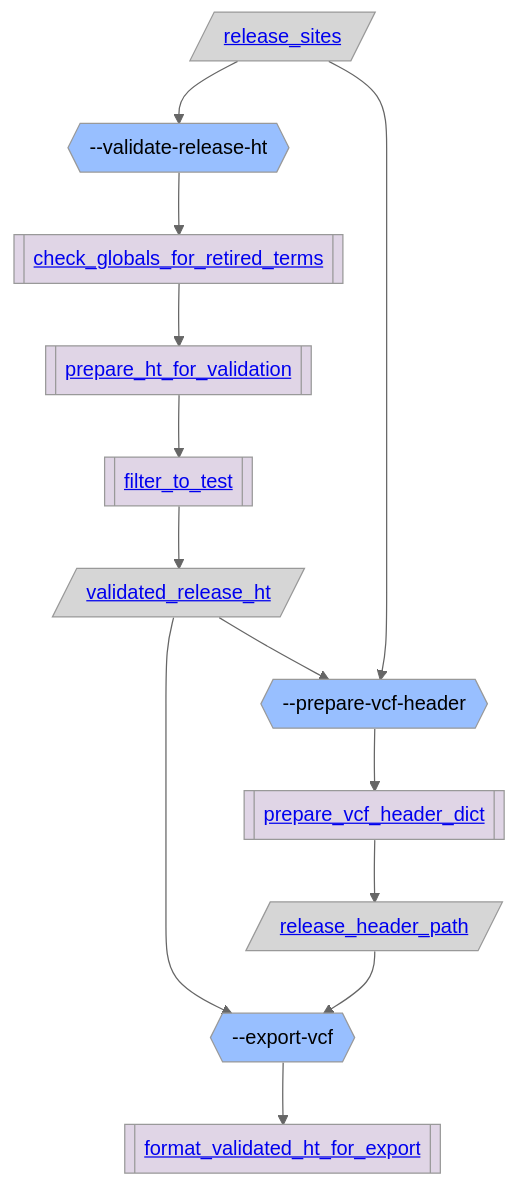
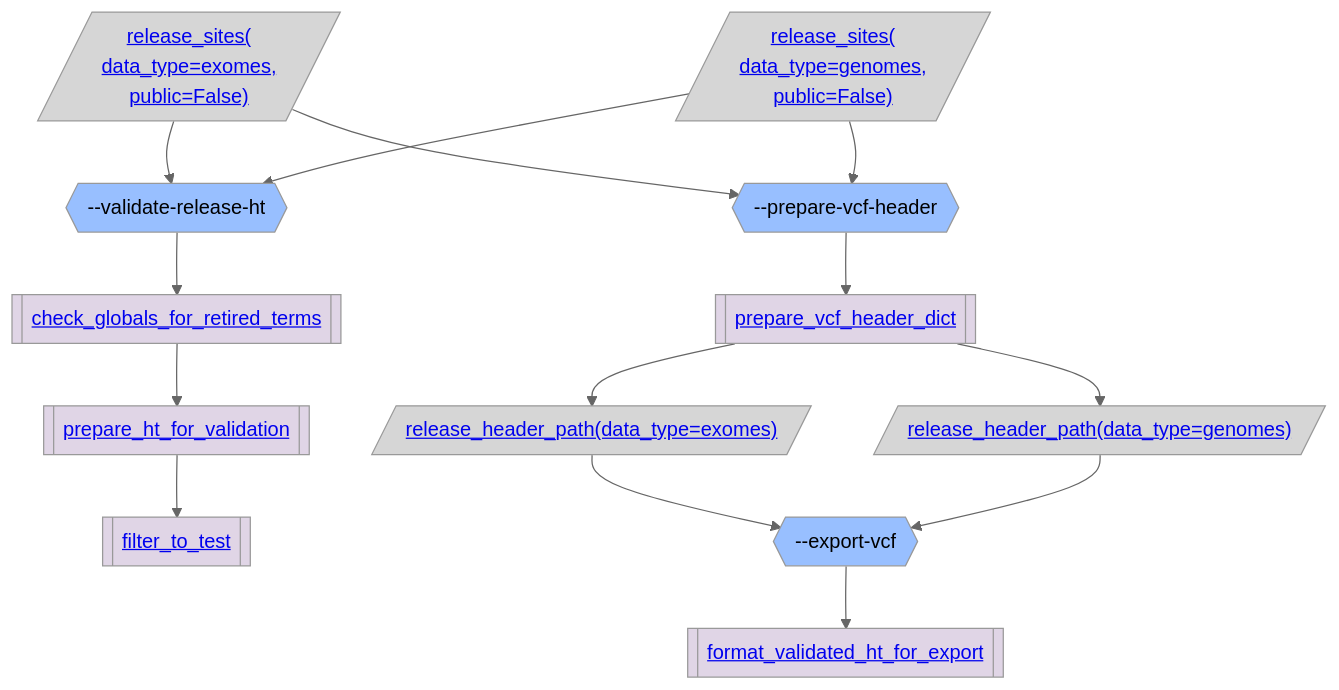
Before and after one commit to broadinstitute/gnomad_qc: the third of 3 diagrams in gnomad_qc/v4/create_release/README.md, drawn with Mermaid (neutral theme). The commit also changed other lines of this file and 3 other files, not shown here.

````diff
--- a/gnomad_qc/v4/create_release/README.md
+++ b/gnomad_qc/v4/create_release/README.md
@@ -97,34 +110,40 @@
 ```mermaid
 flowchart TB;
   classDef script_color fill:#2C5D4A,color:#000000
   classDef step_color fill:#98BFFF,color:#000000
   classDef func_color fill:#E0D5E6,color:#000000
   classDef gnomad_methods_color fill:#F9F2CE,color:#000000
   classDef hail_color fill:#FAEACE,color:#000000
   classDef resource_color fill:#D6D6D6,color:#000000
   classDef validity_check_color fill:#2C5D4A,color:#000000
 
-  resource_release_sites[/"<a href='https://github.com/broadinstitute/gnomad_qc/tree/main/gnomad_qc/v4/resources/release.py#L172'>release_sites</a>"/]:::resource_color;
+  resource_release_sites_data_type_exomes_public_False[/"<a href='https://github.com/broadinstitute/gnomad_qc/tree/main/gnomad_qc/v4/resources/release.py#L172'>release_sites(
+data_type=exomes,
+public=False)</a>"/]:::resource_color;
   step_validate_release_ht{{"--validate-release-ht"}}:::step_color;
   func_check_globals_for_retired_terms[["<a href='https://github.com/broadinstitute/gnomad_qc/tree/main/gnomad_qc/v4/create_release/validate_and_export_vcf.py#L892'>check_globals_for_retired_terms</a>"]]:::func_color;
   func_prepare_ht_for_validation[["<a href='https://github.com/broadinstitute/gnomad_qc/tree/main/gnomad_qc/v4/create_release/validate_and_export_vcf.py#L481'>prepare_ht_for_validation</a>"]]:::func_color;
   func_filter_to_test[["<a href='https://github.com/broadinstitute/gnomad_qc/tree/main/gnomad_qc/v4/sample_qc/interval_qc.py#L92'>filter_to_test</a>"]]:::func_color;
-  resource_validated_release_ht[/"<a href='https://github.com/broadinstitute/gnomad_qc/tree/main/gnomad_qc/v4/resources/release.py#L384'>validated_release_ht</a>"/]:::resource_color;
+  resource_release_sites_data_type_genomes_public_False[/"<a href='https://github.com/broadinstitute/gnomad_qc/tree/main/gnomad_qc/v4/resources/release.py#L172'>release_sites(
+data_type=genomes,
+public=False)</a>"/]:::resource_color;
   step_prepare_vcf_header{{"--prepare-vcf-header"}}:::step_color;
   func_prepare_vcf_header_dict[["<a href='https://github.com/broadinstitute/gnomad_qc/tree/main/gnomad_qc/v4/create_release/validate_and_export_vcf.py#L730'>prepare_vcf_header_dict</a>"]]:::func_color;
+  resource_release_header_path_data_type_exomes[/"<a href='https://github.com/broadinstitute/gnomad_qc/tree/main/gnomad_qc/v4/resources/release.py#L229'>release_header_path(data_type=exomes)</a>"/]:::resource_color;
   step_export_vcf{{"--export-vcf"}}:::step_color;
   func_format_validated_ht_for_export[["<a href='https://github.com/broadinstitute/gnomad_qc/tree/main/gnomad_qc/v4/create_release/validate_and_export_vcf.py#L808'>format_validated_ht_for_export</a>"]]:::func_color;
-  resource_release_header_path[/"<a href='https://github.com/broadinstitute/gnomad_qc/tree/main/gnomad_qc/v4/resources/release.py#L229'>release_header_path</a>"/]:::resource_color;
-  resource_release_sites --> step_validate_release_ht;
+  resource_release_header_path_data_type_genomes[/"<a href='https://github.com/broadinstitute/gnomad_qc/tree/main/gnomad_qc/v4/resources/release.py#L229'>release_header_path(data_type=genomes)</a>"/]:::resource_color;
+  resource_release_sites_data_type_exomes_public_False --> step_validate_release_ht;
   step_validate_release_ht --> func_check_globals_for_retired_terms;
   func_check_globals_for_retired_terms --> func_prepare_ht_for_validation;
   func_prepare_ht_for_validation --> func_filter_to_test;
-  func_filter_to_test --> resource_validated_release_ht;
-  resource_validated_release_ht --> step_prepare_vcf_header;
+  resource_release_sites_data_type_genomes_public_False --> step_validate_release_ht;
+  resource_release_sites_data_type_exomes_public_False --> step_prepare_vcf_header;
   step_prepare_vcf_header --> func_prepare_vcf_header_dict;
-  resource_release_sites --> step_prepare_vcf_header;
-  resource_validated_release_ht --> step_export_vcf;
+  resource_release_sites_data_type_genomes_public_False --> step_prepare_vcf_header;
+  func_prepare_vcf_header_dict --> resource_release_header_path_data_type_exomes;
+  resource_release_header_path_data_type_exomes --> step_export_vcf;
   step_export_vcf --> func_format_validated_ht_for_export;
-  func_prepare_vcf_header_dict --> resource_release_header_path;
-  resource_release_header_path --> step_export_vcf;
+  func_prepare_vcf_header_dict --> resource_release_header_path_data_type_genomes;
+  resource_release_header_path_data_type_genomes --> step_export_vcf;
 ```
````
